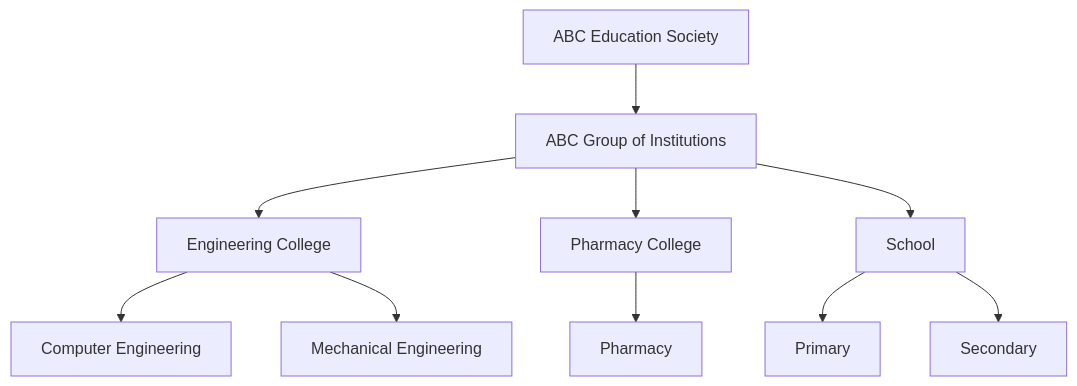
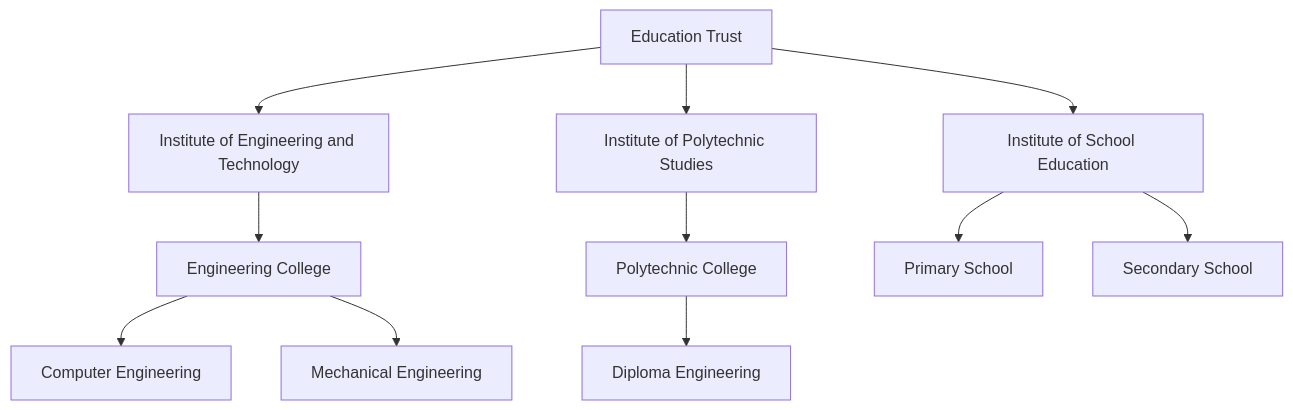
One commit to Varad1604/ERP_hark changed the fourth of 42 diagrams in architecture/L1_Business_Domain_Architecture/SutraERP_L1_Business_Domain_Architecture_Locked.md. Above: the diagram before and after it, drawn with Mermaid. The commit also changed other lines of this file and 39 other files, not shown here.

````diff
--- a/architecture/L1_Business_Domain_Architecture/SutraERP_L1_Business_Domain_Architecture_Locked.md
+++ b/architecture/L1_Business_Domain_Architecture/SutraERP_L1_Business_Domain_Architecture_Locked.md
@@ -193,23 +198,25 @@
 ```mermaid
 flowchart TD
 
-T[ABC Education Society]
+T[Education Trust]
 
--->I[ABC Group of Institutions]
+T-->I1[Institute of Engineering and Technology]
 
-I-->C1[Engineering College]
+T-->I2[Institute of Polytechnic Studies]
 
-I-->C2[Pharmacy College]
+T-->I3[Institute of School Education]
 
-I-->C3[School]
+I1-->C1[Engineering College]
 
 C1-->D1[Computer Engineering]
 
 C1-->D2[Mechanical Engineering]
 
-C2-->D3[Pharmacy]
+I2-->C2[Polytechnic College]
 
-C3-->D4[Primary]
+C2-->D3[Diploma Engineering]
 
-C3-->D5[Secondary]
+I3-->C3[Primary School]
+
+I3-->C4[Secondary School]
 ```
````
